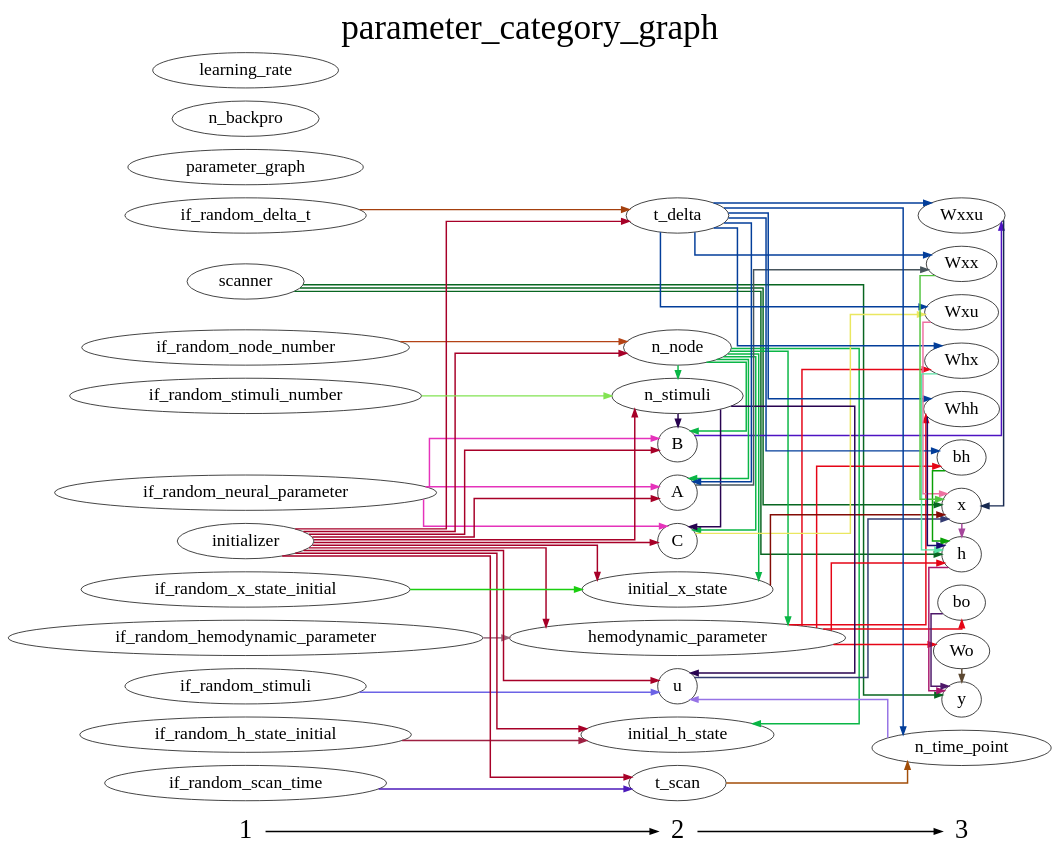
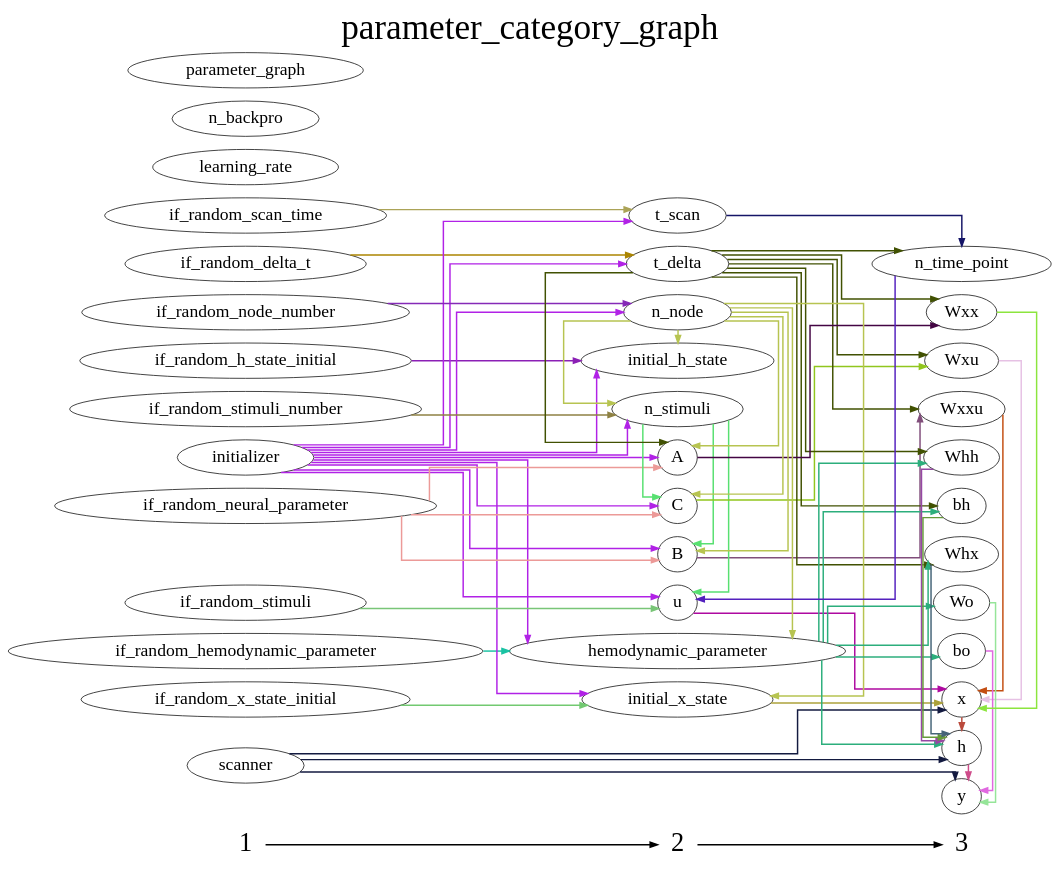
One commit to YuanWangOnward/DCM_RNN changed the diagram in DCM_RNN/documents/parameter_category_graph.gv. Above: the diagram before and after it, drawn with Graphviz. The commit also changed 4 other files, not shown here.

```diff
--- a/DCM_RNN/documents/parameter_category_graph.gv
+++ b/DCM_RNN/documents/parameter_category_graph.gv
@@ -1,132 +1,132 @@
 digraph G {
           splines=ortho;
           fontsize = 48;
           rankdir = "LR";
           node[fontsize=24];
           edge[penwidth=2];
           {
           node [shape=plaintext fontsize=36];
           1 -> 
           2 -> 
           3
           }
           {rank = same;
           1;
+          if_random_h_state_initial;
           if_random_delta_t;
-          if_random_h_state_initial;
+          if_random_hemodynamic_parameter;
+          learning_rate;
+          scanner;
+          initializer;
+          n_backpro;
+          if_random_x_state_initial;
+          if_random_stimuli_number;
           if_random_node_number;
           parameter_graph;
-          if_random_hemodynamic_parameter;
           if_random_stimuli;
+          if_random_scan_time;
           if_random_neural_parameter;
-          scanner;
-          if_random_scan_time;
-          n_backpro;
-          initializer;
-          if_random_stimuli_number;
-          if_random_x_state_initial;
-          learning_rate;
           }
           {rank = same;
           2;
           B;
+          t_scan;
+          n_stimuli;
+          u;
+          C;
+          t_delta;
+          initial_h_state;
+          A;
+          initial_x_state;
           n_node;
-          initial_h_state;
-          t_scan;
-          u;
           hemodynamic_parameter;
-          C;
-          initial_x_state;
-          n_stimuli;
-          A;
-          t_delta;
           }
           {rank = same;
           3;
+          x;
+          Whh;
+          bh;
           Wxu;
-          n_time_point;
-          bh;
-          x;
+          Whx;
           h;
           Wxxu;
-          Whx;
+          Wo;
+          y;
+          bo;
           Wxx;
-          Wo;
-          bo;
-          Whh;
-          y;
+          n_time_point;
           }
-          u -> x [color="#333B72"];
-          if_random_scan_time -> t_scan [color="#4C1ABA"];
-          B -> Wxxu [color="#4E13C2"];
-          if_random_node_number -> n_node [color="#B44316"];
-          Wxu -> x [color="#EE72A1"];
+          if_random_h_state_initial -> initial_h_state [color="#8B20B5"];
+          Wxu -> x [color="#E6C1E4"];
+          x -> h [color="#BA4A3C"];
+          if_random_hemodynamic_parameter -> hemodynamic_parameter [color="#1AC2A3"];
+          t_scan -> n_time_point [color="#151567"];
+          learning_rate ;
+          if_random_scan_time -> t_scan [color="#ABA357"];
+          u -> x [color="#AE09A0"];
+          bh -> h [color="#659A39"];
+          B -> Wxxu [color="#804E7B"];
+          initial_h_state ;
+          y ;
+          Wo -> y [color="#96E599"];
+          scanner -> x [color="#131A40"];
+          scanner -> h [color="#131A40"];
+          scanner -> y [color="#131A40"];
+          C -> Wxu [color="#91C61E"];
+          Whh -> h [color="#9648A4"];
+          Whx -> h [color="#456478"];
+          h -> y [color="#CE4C8A"];
+          if_random_delta_t -> t_delta [color="#AB8501"];
+          A -> Wxx [color="#430543"];
+          Wxxu -> x [color="#C34E12"];
+          initial_x_state -> x [color="#ACA23B"];
+          initializer -> t_scan [color="#B122E6"];
+          initializer -> n_node [color="#B122E6"];
+          initializer -> B [color="#B122E6"];
+          initializer -> u [color="#B122E6"];
+          initializer -> C [color="#B122E6"];
+          initializer -> t_delta [color="#B122E6"];
+          initializer -> initial_h_state [color="#B122E6"];
+          initializer -> A [color="#B122E6"];
+          initializer -> initial_x_state [color="#B122E6"];
+          initializer -> n_stimuli [color="#B122E6"];
+          initializer -> hemodynamic_parameter [color="#B122E6"];
+          n_backpro ;
+          if_random_x_state_initial -> initial_x_state [color="#72C971"];
+          if_random_stimuli_number -> n_stimuli [color="#8E8143"];
+          if_random_node_number -> n_node [color="#852AB7"];
+          t_delta -> Whh [color="#415102"];
+          t_delta -> bh [color="#415102"];
+          t_delta -> Wxu [color="#415102"];
+          t_delta -> Wxxu [color="#415102"];
+          t_delta -> Wxx [color="#415102"];
+          t_delta -> Whx [color="#415102"];
+          t_delta -> A [color="#415102"];
+          t_delta -> n_time_point [color="#415102"];
           parameter_graph ;
-          n_node -> hemodynamic_parameter [color="#0AB646"];
-          n_node -> C [color="#0AB646"];
-          n_node -> B [color="#0AB646"];
-          n_node -> initial_h_state [color="#0AB646"];
-          n_node -> initial_x_state [color="#0AB646"];
-          n_node -> n_stimuli [color="#0AB646"];
-          n_node -> A [color="#0AB646"];
-          if_random_hemodynamic_parameter -> hemodynamic_parameter [color="#94687A"];
-          if_random_neural_parameter -> C [color="#E533BB"];
-          if_random_neural_parameter -> B [color="#E533BB"];
-          if_random_neural_parameter -> A [color="#E533BB"];
-          n_time_point -> u [color="#9673E5"];
-          bo -> y [color="#4E186A"];
-          t_scan -> n_time_point [color="#A24E08"];
-          bh -> h [color="#09A005"];
-          hemodynamic_parameter -> h [color="#E50516"];
-          hemodynamic_parameter -> bh [color="#E50516"];
-          hemodynamic_parameter -> Wo [color="#E50516"];
-          hemodynamic_parameter -> Whx [color="#E50516"];
-          hemodynamic_parameter -> bo [color="#E50516"];
-          hemodynamic_parameter -> Whh [color="#E50516"];
-          x -> h [color="#A6469B"];
-          if_random_stimuli -> u [color="#6C63E6"];
-          initial_h_state ;
-          if_random_h_state_initial -> initial_h_state [color="#9E2042"];
-          h -> y [color="#A7166C"];
-          Wo -> y [color="#5C4831"];
-          Whh -> h [color="#160C70"];
-          n_backpro ;
-          Wxxu -> x [color="#182A51"];
-          initializer -> n_node [color="#A70028"];
-          initializer -> hemodynamic_parameter [color="#A70028"];
-          initializer -> C [color="#A70028"];
-          initializer -> u [color="#A70028"];
-          initializer -> B [color="#A70028"];
-          initializer -> initial_h_state [color="#A70028"];
-          initializer -> t_scan [color="#A70028"];
-          initializer -> initial_x_state [color="#A70028"];
-          initializer -> n_stimuli [color="#A70028"];
-          initializer -> A [color="#A70028"];
-          initializer -> t_delta [color="#A70028"];
-          if_random_stimuli_number -> n_stimuli [color="#82E352"];
-          initial_x_state -> x [color="#830C06"];
-          if_random_x_state_initial -> initial_x_state [color="#1BCE10"];
-          n_stimuli -> C [color="#280350"];
-          n_stimuli -> u [color="#280350"];
-          n_stimuli -> B [color="#280350"];
-          Whx -> h [color="#59E4A5"];
-          A -> Wxx [color="#48555C"];
-          Wxx -> x [color="#53C541"];
-          learning_rate ;
-          if_random_delta_t -> t_delta [color="#A4400E"];
-          t_delta -> Wxu [color="#033E9A"];
-          t_delta -> bh [color="#033E9A"];
-          t_delta -> Wxxu [color="#033E9A"];
-          t_delta -> Whx [color="#033E9A"];
-          t_delta -> n_time_point [color="#033E9A"];
-          t_delta -> A [color="#033E9A"];
-          t_delta -> Wxx [color="#033E9A"];
-          t_delta -> Whh [color="#033E9A"];
-          C -> Wxu [color="#EAE760"];
-          y ;
-          scanner -> h [color="#086621"];
-          scanner -> x [color="#086621"];
-          scanner -> y [color="#086621"];
+          if_random_stimuli -> u [color="#79C577"];
+          bo -> y [color="#E068E0"];
+          Wxx -> x [color="#8CE53E"];
+          n_time_point -> u [color="#5421BE"];
+          n_stimuli -> B [color="#58E071"];
+          n_stimuli -> u [color="#58E071"];
+          n_stimuli -> C [color="#58E071"];
+          if_random_neural_parameter -> B [color="#EC9A98"];
+          if_random_neural_parameter -> C [color="#EC9A98"];
+          if_random_neural_parameter -> A [color="#EC9A98"];
+          n_node -> B [color="#B7C451"];
+          n_node -> C [color="#B7C451"];
+          n_node -> initial_h_state [color="#B7C451"];
+          n_node -> A [color="#B7C451"];
+          n_node -> initial_x_state [color="#B7C451"];
+          n_node -> n_stimuli [color="#B7C451"];
+          n_node -> hemodynamic_parameter [color="#B7C451"];
+          hemodynamic_parameter -> Whh [color="#2CAE7C"];
+          hemodynamic_parameter -> bh [color="#2CAE7C"];
+          hemodynamic_parameter -> bo [color="#2CAE7C"];
+          hemodynamic_parameter -> Whx [color="#2CAE7C"];
+          hemodynamic_parameter -> h [color="#2CAE7C"];
+          hemodynamic_parameter -> Wo [color="#2CAE7C"];
           labelloc = "t";
           label = "parameter_category_graph";
 }
```
